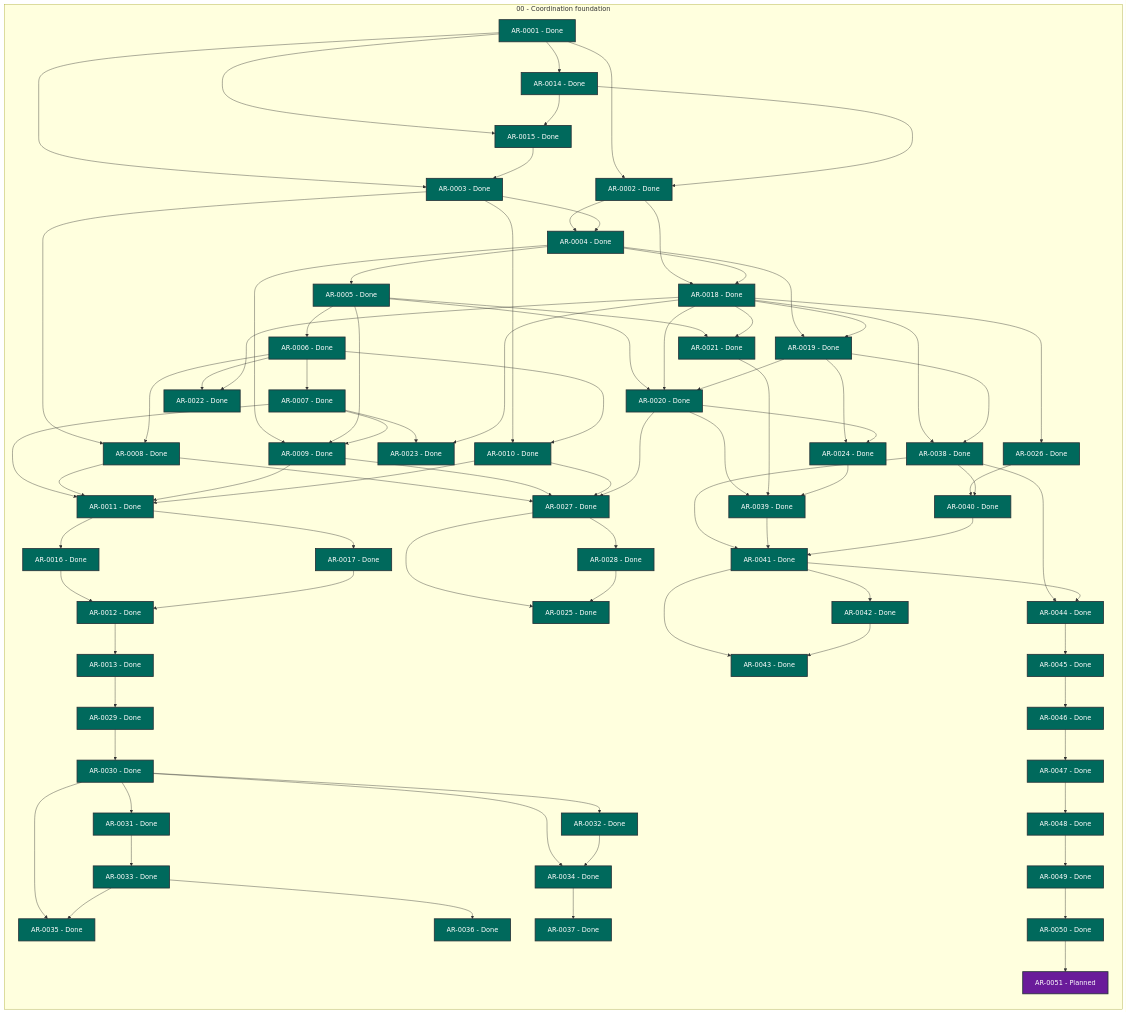
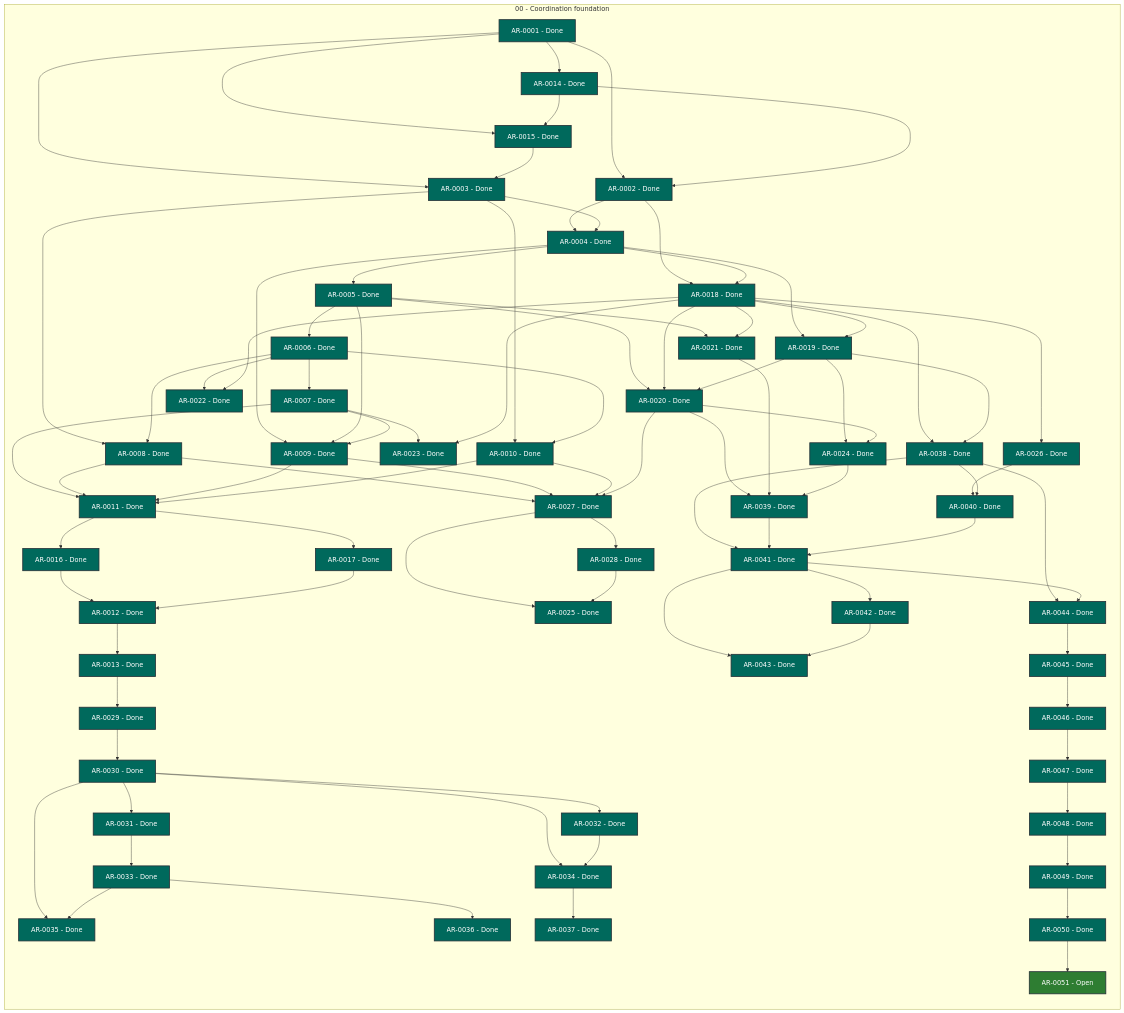
Before and after one commit to martin-beck/agent-workflow-tui-state: the diagram in STATUS.md, drawn with Mermaid. The commit also changed other lines of this file and 2 other files, not shown here.

```diff
--- a/STATUS.md
+++ b/STATUS.md
@@ -78,7 +78,7 @@
         AR_0048["AR-0048 - Done"]:::status_done
         AR_0049["AR-0049 - Done"]:::status_done
         AR_0050["AR-0050 - Done"]:::status_done
-        AR_0051["AR-0051 - Planned"]:::status_planned
+        AR_0051["AR-0051 - Open"]:::status_open
     end
     AR_0001 --> AR_0002
     AR_0001 --> AR_0003
```
